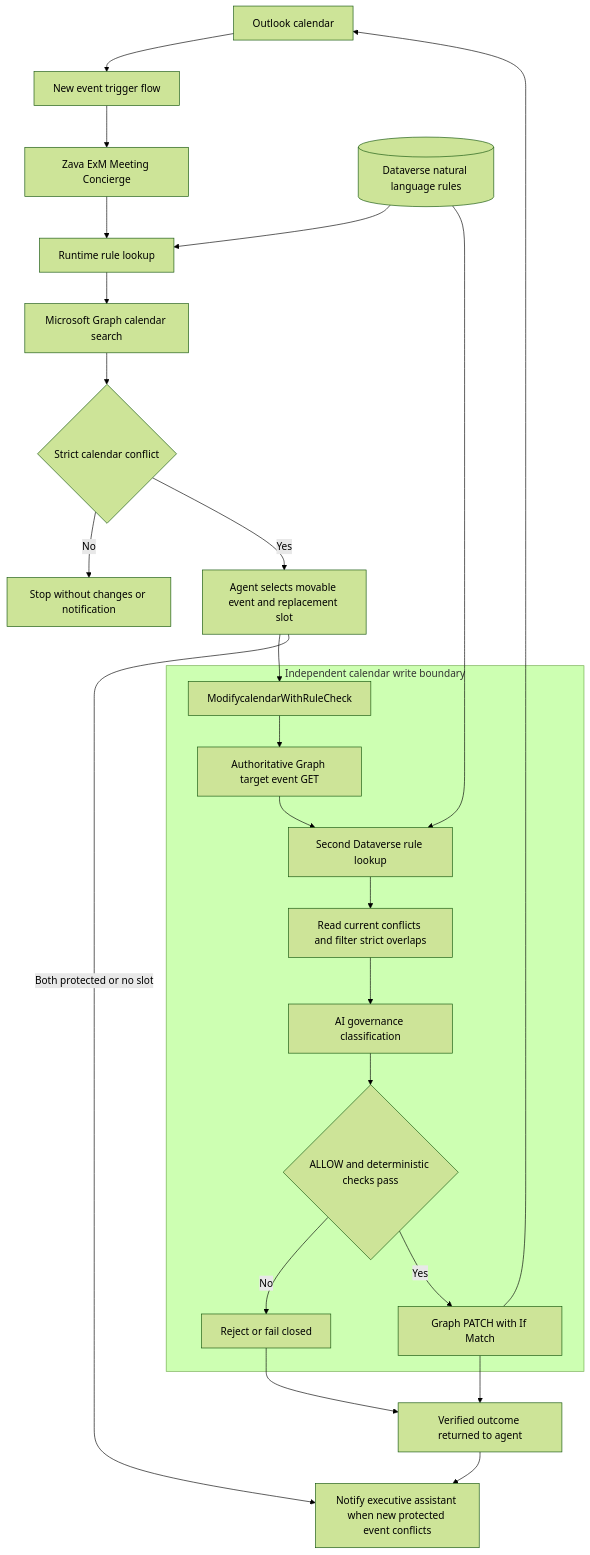
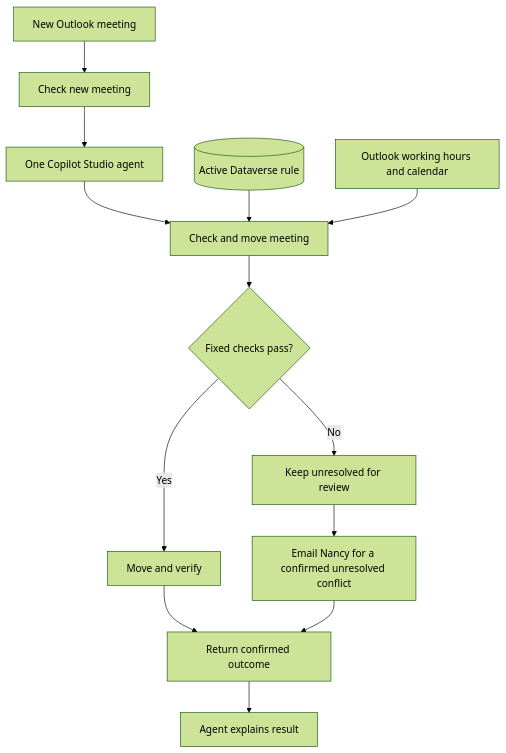
One commit to aandino-zava/zava-exm-meeting-concierge changed the diagram in architecture/architecture.mmd. Above: the diagram before and after it, drawn with Mermaid (forest theme). The commit also changed 42 other files, not shown here.

Commit message:
Use fixed calendar checks and simplify the Dev agent path

```diff
--- a/architecture/architecture.mmd
+++ b/architecture/architecture.mmd
@@ -1,25 +1,13 @@
 flowchart TD
-    O[Outlook calendar] --> T[New event trigger flow]
-    T --> A[Zava ExM Meeting Concierge]
-    A --> R[Runtime rule lookup]
-    D[(Dataverse natural language rules)] --> R
-    R --> G[Microsoft Graph calendar search]
-    G --> C{Strict calendar conflict}
-    C -->|No| N[Stop without changes or notification]
-    C -->|Yes| P[Agent selects movable event and replacement slot]
-    P --> K[ModifycalendarWithRuleCheck]
-    subgraph Gatekeeper [Independent calendar write boundary]
-      K --> E[Authoritative Graph target event GET]
-      E --> R2[Second Dataverse rule lookup]
-      R2 --> V[Read current conflicts and filter strict overlaps]
-      V --> AI[AI governance classification]
-      AI --> Q{ALLOW and deterministic checks pass}
-      Q -->|No| X[Reject or fail closed]
-      Q -->|Yes| W[Graph PATCH with If Match]
-    end
-    D --> R2
-    W --> O
-    X --> OUT[Verified outcome returned to agent]
-    W --> OUT
-    OUT --> EA[Notify executive assistant when new protected event conflicts]
-    P -->|Both protected or no slot| EA
+    O[New Outlook meeting] --> T[Check new meeting]
+    T --> A[One Copilot Studio agent]
+    A --> F[Check and move meeting]
+    D[(Active Dataverse rule)] --> F
+    H[Outlook working hours and calendar] --> F
+    F --> C{Fixed checks pass?}
+    C -->|Yes| W[Move and verify]
+    C -->|No| N[Keep unresolved for review]
+    W --> R[Return confirmed outcome]
+    N --> E[Email Nancy for a confirmed unresolved conflict]
+    E --> R
+    R --> X[Agent explains result]
```
